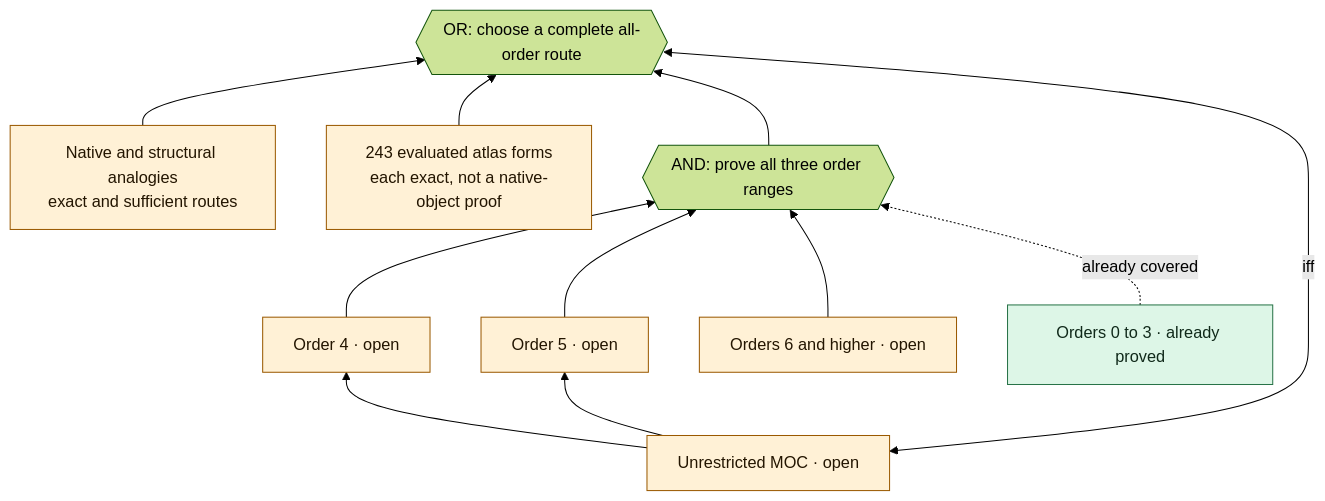
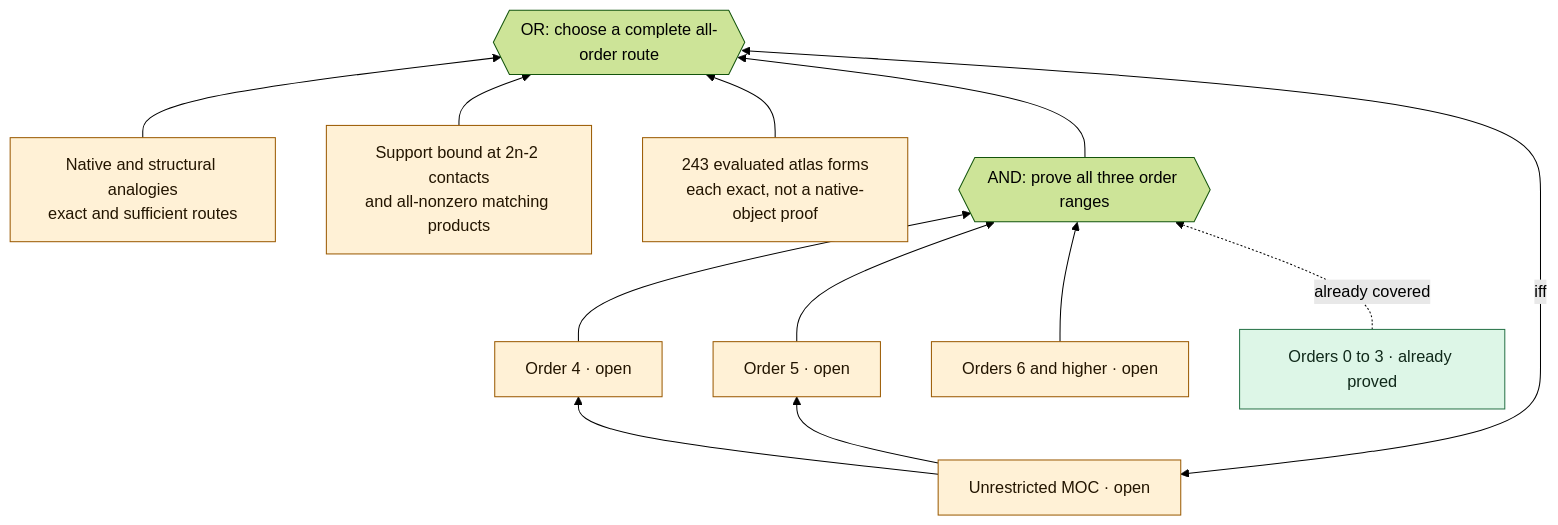
One commit to ascendnoosphere/MOC changed the first of 4 diagrams in Lean/ProofTree.md. Above: the diagram before and after it, drawn with Mermaid (forest theme). The commit also changed other lines of this file and 11 other files, not shown here.

````diff
--- a/Lean/ProofTree.md
+++ b/Lean/ProofTree.md
@@ -12,24 +12,26 @@
 ```mermaid
 flowchart BT
     ALL["Unrestricted MOC · open"]:::open
     ROUTES{{"OR: choose a complete all-order route"}}
     NATIVE["Native and structural analogies<br/>exact and sufficient routes"]:::open
+    SAT["Support bound at 2n-2 contacts<br/>and all-nonzero matching products"]:::open
     ATLAS["243 evaluated atlas forms<br/>each exact, not a native-object proof"]:::open
     SPLIT{{"AND: prove all three order ranges"}}
     FOUR["Order 4 · open"]:::open
     FIVE["Order 5 · open"]:::open
     HIGH["Orders 6 and higher · open"]:::open
     LOW["Orders 0 to 3 · already proved"]:::checked
     NATIVE --> ROUTES
+    SAT --> ROUTES
     ATLAS --> ROUTES
     FOUR --> SPLIT
     FIVE --> SPLIT
     HIGH --> SPLIT
     LOW -. already covered .-> SPLIT
     SPLIT --> ROUTES
     ROUTES <-->|iff| ALL
     ALL --> FOUR
     ALL --> FIVE
     classDef open fill:#fff1d6,stroke:#9a5900,color:#231500
     classDef checked fill:#ddf6e7,stroke:#287348,color:#10291a
 ```
````
